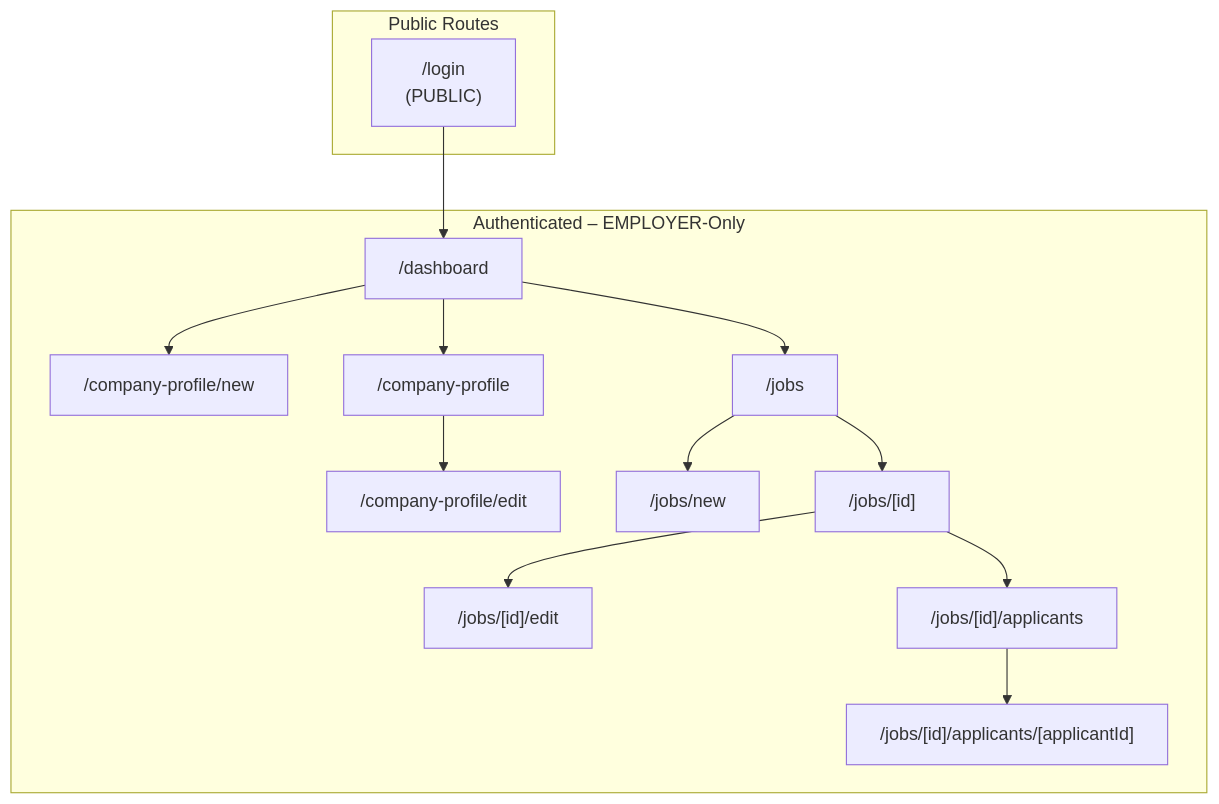
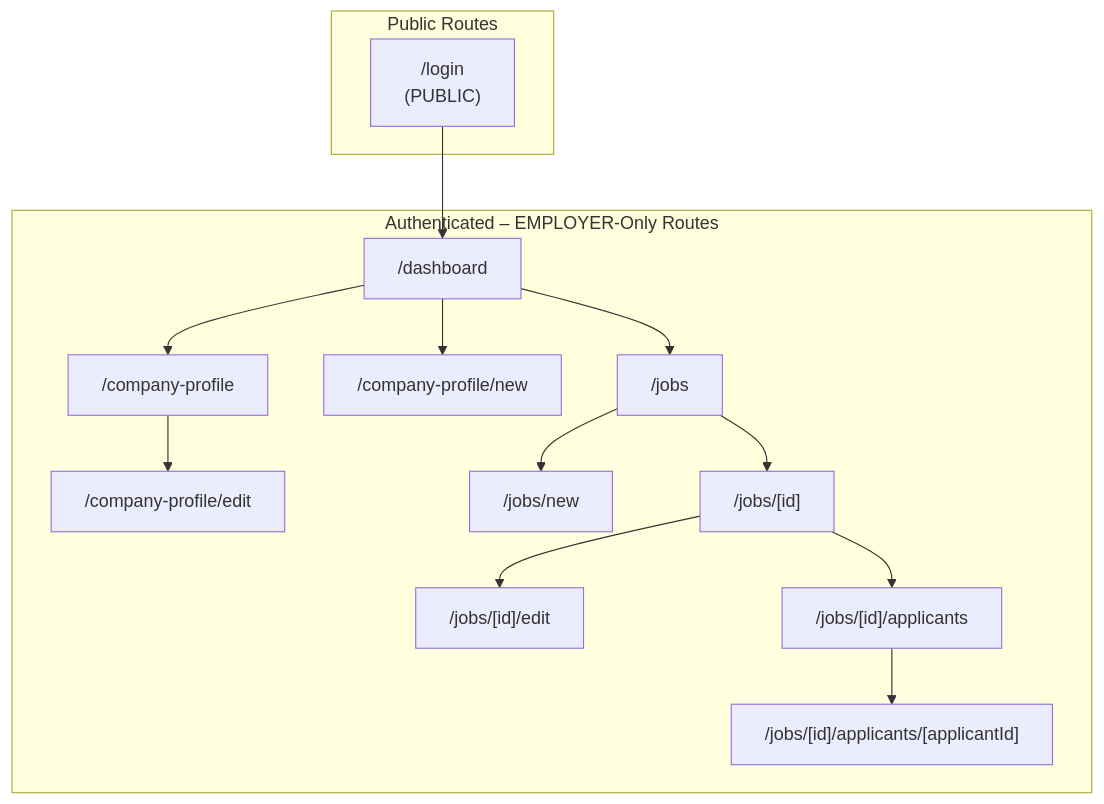
Before and after one commit to opathways/web-app: the diagram in docs/session-2/ia-map.md, drawn with Mermaid. The commit also changed other lines of this file and 1 other file, not shown here.

Commit message:
docs(session-2): update Mermaid diagram and CSV descriptions to match exact requirements

````diff
--- a/docs/session-2/ia-map.md
+++ b/docs/session-2/ia-map.md
@@ -5,31 +5,31 @@
 ```mermaid
 flowchart TB
   subgraph Public [Public Routes]
     login["/login\n(PUBLIC)"]
   end
 
-  subgraph Protected [Authenticated – EMPLOYER-Only]
+  subgraph Protected [Authenticated – EMPLOYER-Only Routes]
     dashboard["/dashboard"]
+    companyProfile["/company-profile"]
     companyNew["/company-profile/new"]
-    companyView["/company-profile"]
     companyEdit["/company-profile/edit"]
     jobs["/jobs"]
-    jobNew["/jobs/new"]
+    newJob["/jobs/new"]
     jobDetail["/jobs/[id]"]
-    jobEdit["/jobs/[id]/edit"]
-    applicants["/jobs/[id]/applicants"]
-    applicantDetail["/jobs/[id]/applicants/[applicantId]"]
+    editJob["/jobs/[id]/edit"]
+    applicantsList["/jobs/[id]/applicants"]
+    applicantProfile["/jobs/[id]/applicants/[applicantId]"]
 
-    dashboard --> companyView
+    dashboard --> companyProfile
+    dashboard --> companyNew
+    companyProfile --> companyEdit
     dashboard --> jobs
-    companyView --> companyEdit
-    dashboard --> companyNew
-    jobs --> jobNew
+    jobs --> newJob
     jobs --> jobDetail
-    jobDetail --> jobEdit
-    jobDetail --> applicants
-    applicants --> applicantDetail
+    jobDetail --> editJob
+    jobDetail --> applicantsList
+    applicantsList --> applicantProfile
   end
 
   login --> dashboard
 ```
````
